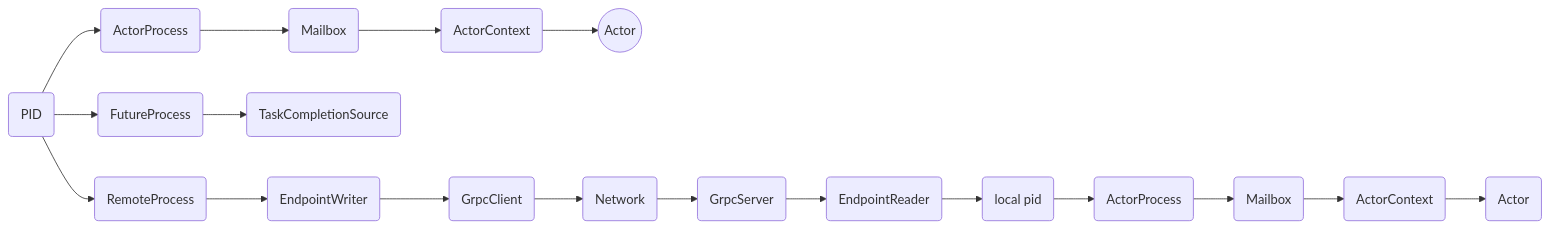
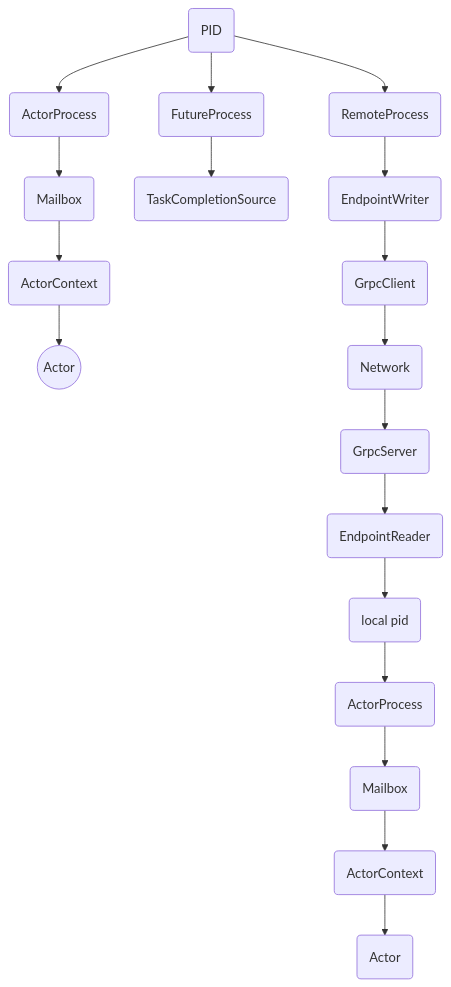
One commit to asynkron/protoactor-website changed the sixth of 6 diagrams in hugo/content/docs/pid.md. Above: the diagram before and after it, drawn with Mermaid.

Commit message:
Update pid.md
orientation

````diff
--- a/hugo/content/docs/pid.md
+++ b/hugo/content/docs/pid.md
@@ -114,34 +114,34 @@
 ```mermaid
-graph LR
+graph TB
 pid(PID)
 class pid light-blue
 
 ActorProcess(ActorProcess)
 FutureProcess(FutureProcess)
 RemoteProcess(RemoteProcess)
 
 Mailbox(Mailbox)
 ActorContext(ActorContext)
 Actor((Actor))
 lActor((Actor))
 
 TaskCompletionSource(TaskCompletionSource)
 
 RemoteProcess(RemoteProcess)
 
 EndpointWriter(EndpointWriter)
 EndpointReader(EndpointReader)
 
 network(Network)
 class network message
 
 GrpcServer(GrpcServer)
 class GrpcServer green
 GrpcClient(GrpcClient)
 class GrpcClient green
 
 
 pid --> ActorProcess --> Mailbox --> ActorContext --> Actor
 pid --> FutureProcess --> TaskCompletionSource
 pid --> RemoteProcess --> EndpointWriter --> GrpcClient --> network --> GrpcServer --> EndpointReader --> lpid(local pid) --> lActorProcess(ActorProcess) --> lMailbox(Mailbox) --> lActorContext(ActorContext) --> lActor(Actor)
 ```
````
